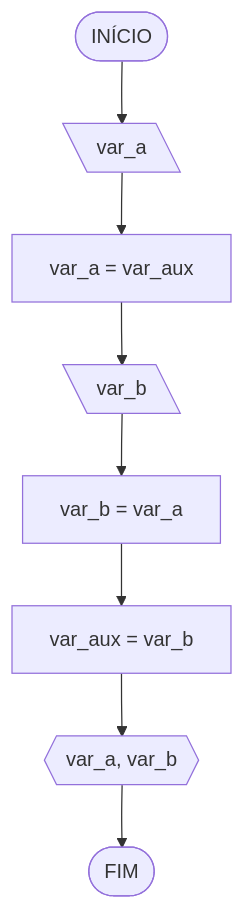
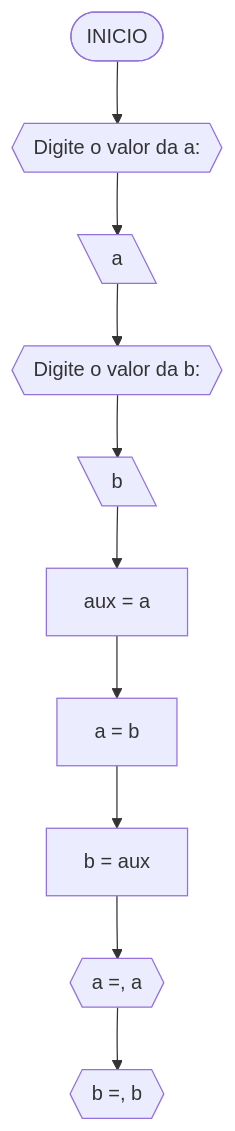
The first of 7 diagrams in RLA /AD1/AD1_exe.md (Danil0Ribeir0/UNIFOR), drawn with Mermaid before and after one commit. The commit also changed other lines of this file, not shown here.

````diff
--- a/RLA /AD1/AD1_exe.md
+++ b/RLA /AD1/AD1_exe.md
@@ -6,10 +6,12 @@
 ```mermaid
 flowchart TD
-A([INÍCIO]) --> B[\var_a\]
-B --> C[var_a = var_aux]
-C --> D[\var_b\]
-D --> E[var_b = var_a]
-E --> F[var_aux = var_b]
-F --> G{{"var_a, var_b"}}
-G --> H([FIM])
+A([INICIO]) --> B{{Digite o valor da a: }}
+B --> C[\a\]
+C --> D{{Digite o valor da b: }}
+D --> E[\b\]
+E --> F[aux = a]
+F --> G[a = b]
+G --> H[b = aux]
+H --> I{{"a =", a}}
+I --> J{{"b =", b}}
 ```
````
